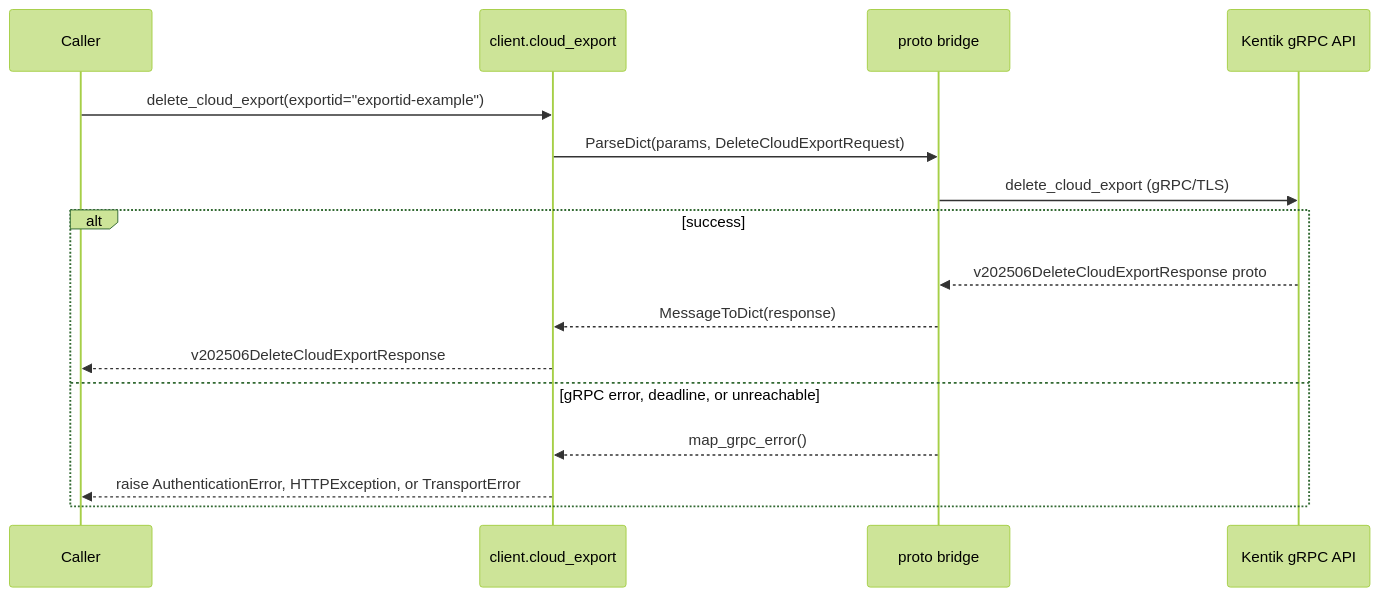
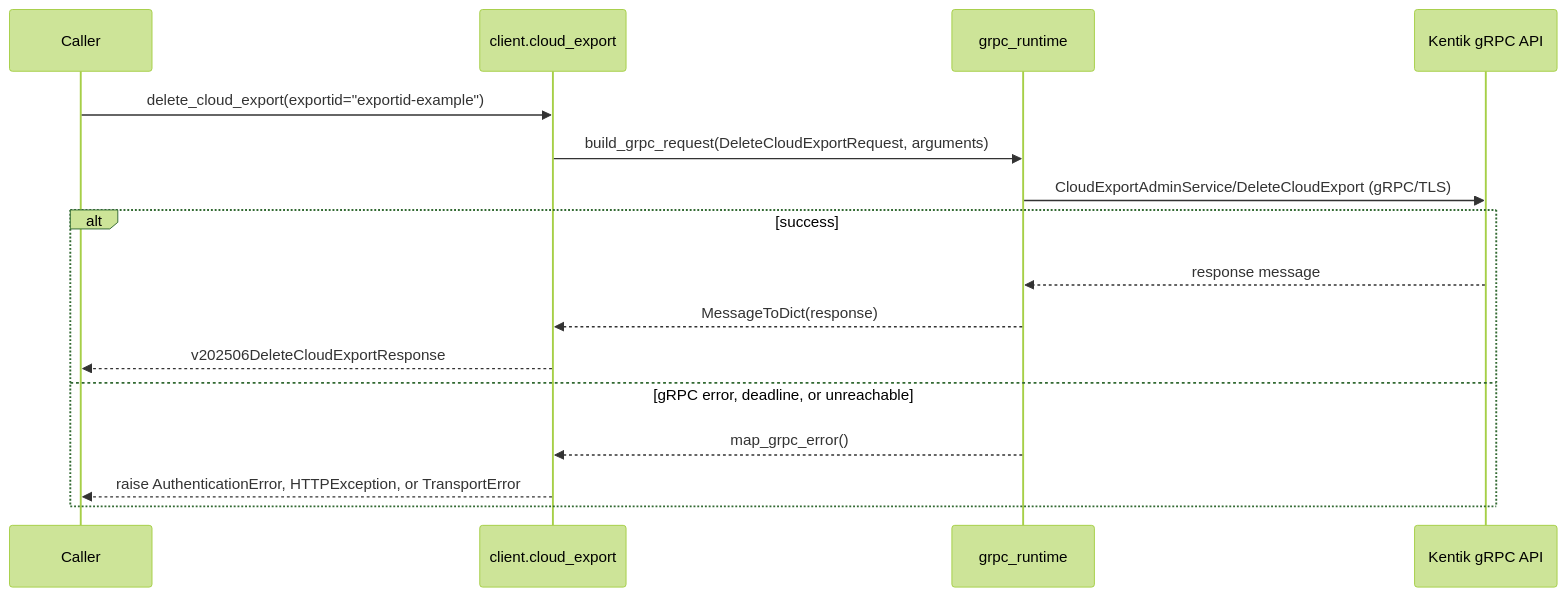
Diagram 11 of 12 in docs/sphinx/services/cloud_export.md (alexdearaujo/community_sdk_python), drawn with Mermaid (forest theme) before and after one commit. The commit also changed other lines of this file and 37 other files, not shown here.

First line of the commit message:
docs: show the real RPC in each service page's gRPC diagram

````diff
--- a/docs/sphinx/services/cloud_export.md
+++ b/docs/sphinx/services/cloud_export.md
@@ -357,19 +357,19 @@
 ```mermaid
 sequenceDiagram
     participant C as Caller
     participant W as client.cloud_export
-    participant B as proto bridge
+    participant R as grpc_runtime
     participant API as Kentik gRPC API
 
     C->>W: delete_cloud_export(exportid="exportid-example")
-    W->>B: ParseDict(params, DeleteCloudExportRequest)
-    B->>API: delete_cloud_export (gRPC/TLS)
+    W->>R: build_grpc_request(DeleteCloudExportRequest, arguments)
+    R->>API: CloudExportAdminService/DeleteCloudExport (gRPC/TLS)
     alt success
-        API-->>B: v202506DeleteCloudExportResponse proto
-        B-->>W: MessageToDict(response)
+        API-->>R: response message
+        R-->>W: MessageToDict(response)
         W-->>C: v202506DeleteCloudExportResponse
     else gRPC error, deadline, or unreachable
-        B-->>W: map_grpc_error()
+        R-->>W: map_grpc_error()
         W-->>C: raise AuthenticationError, HTTPException, or TransportError
     end
 ```
````
